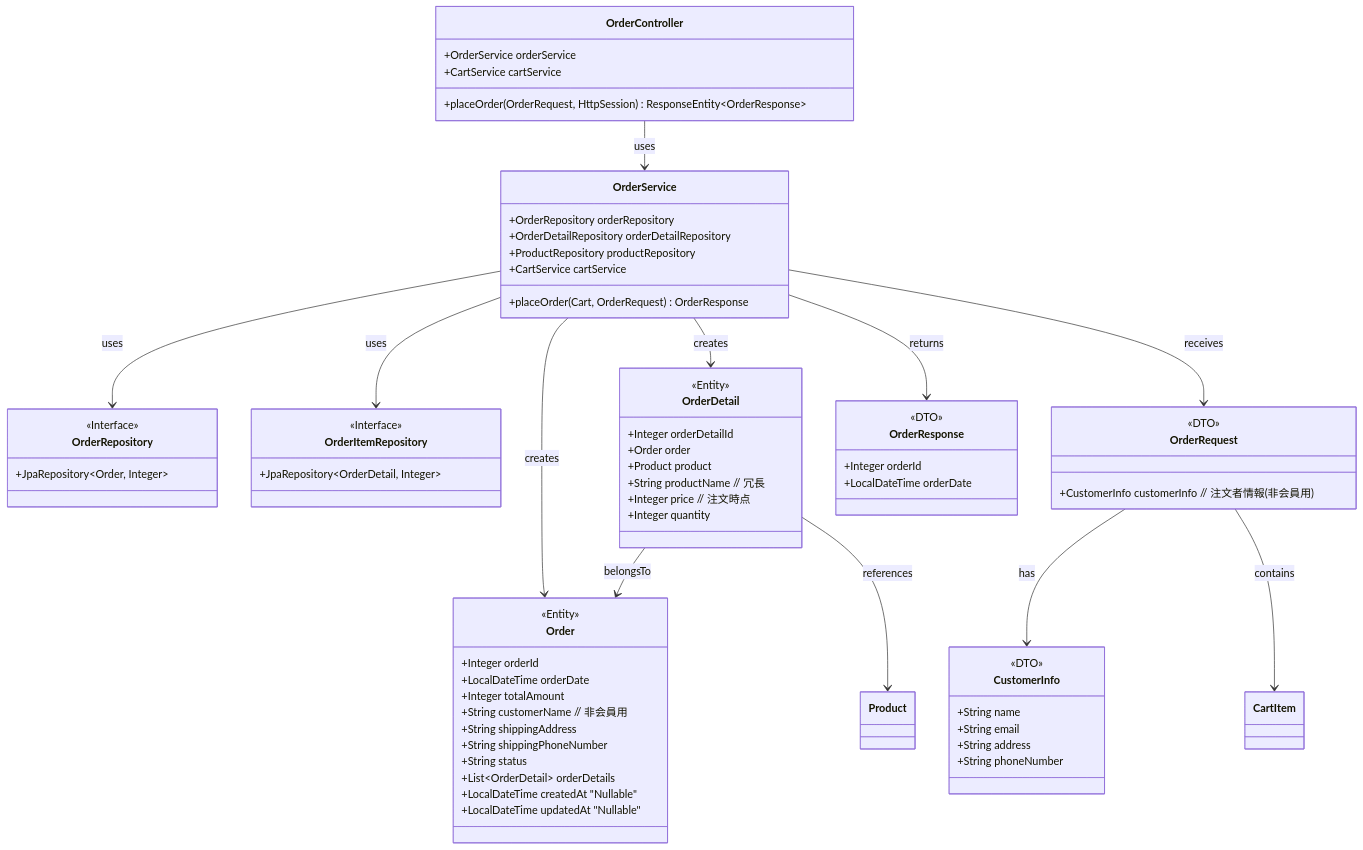
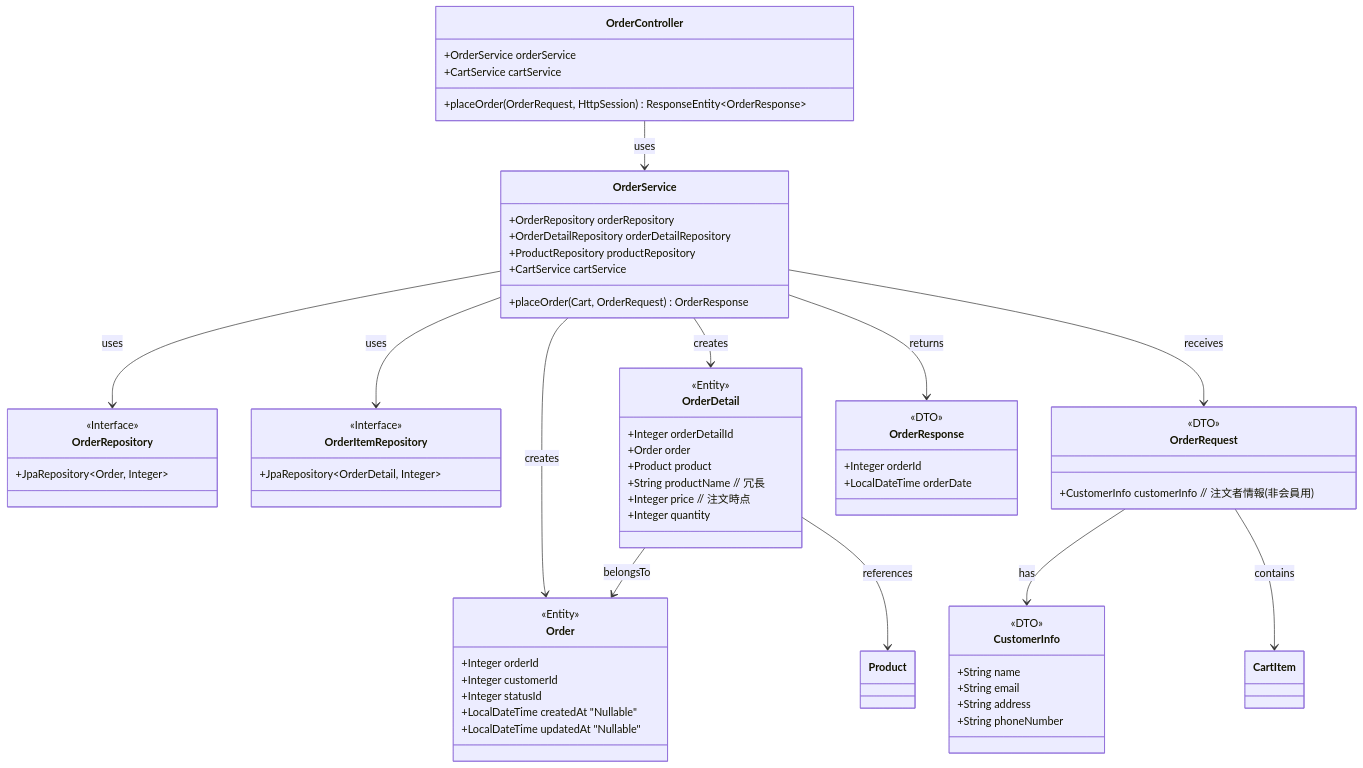
Diagram 16 of 18 in 詳細設計/詳細設計書.md (natsumiumeda/Jobs), drawn with Mermaid before and after one commit. The commit also changed other lines of this file, not shown here.

Commit message:
4-2 entity整合性

```diff
--- a/詳細設計/詳細設計書.md
+++ b/詳細設計/詳細設計書.md
@@ -804,13 +806,8 @@
     class Order {
         <<Entity>>
         +Integer orderId
-        +LocalDateTime orderDate
-        +Integer totalAmount
-        +String customerName // 非会員用
-        +String shippingAddress
-        +String shippingPhoneNumber
-        +String status
-        +List~OrderDetail~ orderDetails
+        +Integer customerId
+        +Integer statusId
         +LocalDateTime createdAt "Nullable"
         +LocalDateTime updatedAt "Nullable"
     }
```
